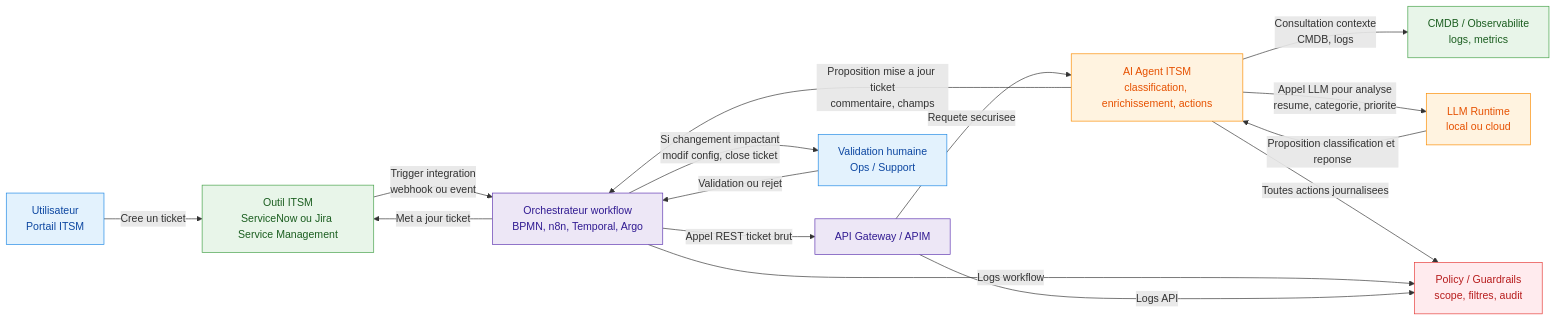
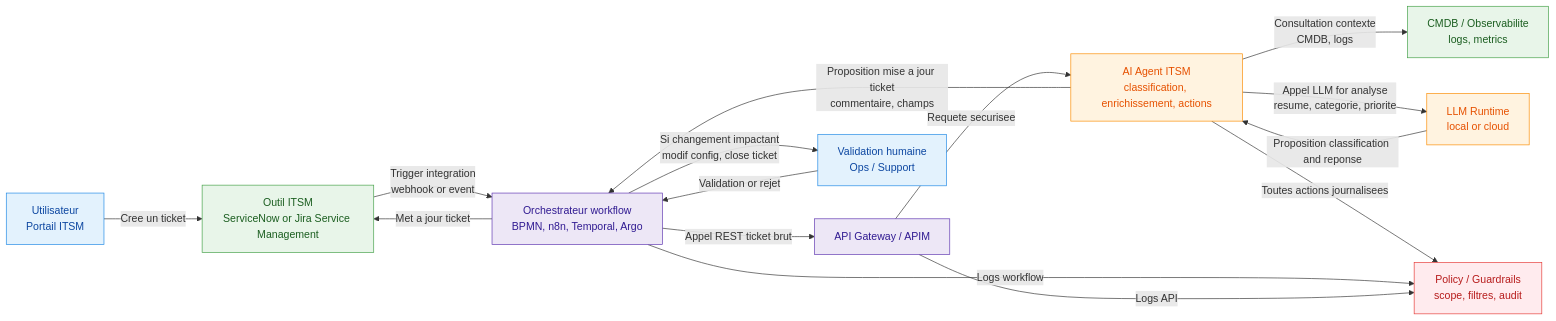
The diagram in docs/architecture/integration-schemas.md (brunseba/ai-tech-watch), drawn with Mermaid before and after one commit. The commit also changed other lines of this file and 24 other files, not shown here.

````diff
--- a/docs/architecture/integration-schemas.md
+++ b/docs/architecture/integration-schemas.md
@@ -8,38 +8,38 @@
 ```mermaid
 flowchart LR
     classDef user fill:#e3f2fd,stroke:#1e88e5,color:#0d47a1;
     classDef agent fill:#fff3e0,stroke:#fb8c00,color:#e65100;
     classDef tool fill:#e8f5e9,stroke:#43a047,color:#1b5e20;
     classDef infra fill:#ede7f6,stroke:#5e35b1,color:#311b92;
     classDef sec fill:#ffebee,stroke:#e53935,color:#b71c1c;
 
     U[Utilisateur<br/>Portail ITSM]:::user
-    ITSM[Outil ITSM<br/>ServiceNow ou Jira Service Management]:::tool
+    ITSM[Outil ITSM<br/>ServiceNow or Jira Service Management]:::tool
     ORCH[Orchestrateur workflow<br/>BPMN, n8n, Temporal, Argo]:::infra
     APIM[API Gateway / APIM]:::infra
     AGENT[AI Agent ITSM<br/>classification, enrichissement, actions]:::agent
-    LLM[LLM Runtime<br/>local ou cloud]:::agent
+    LLM[LLM Runtime<br/>local or cloud]:::agent
     CMDB[CMDB / Observabilite<br/>logs, metrics]:::tool
     APPROVE[Validation humaine<br/>Ops / Support]:::user
     SEC[Policy / Guardrails<br/>scope, filtres, audit]:::sec
 
     U -->|Cree un ticket| ITSM
-    ITSM -->|Trigger integration<br/>webhook ou event| ORCH
+    ITSM -->|Trigger integration<br/>webhook or event| ORCH
 
     ORCH -->|Appel REST ticket brut| APIM
     APIM -->|Requete securisee| AGENT
 
     AGENT -->|Consultation contexte<br/>CMDB, logs| CMDB
-    AGENT -->|Appel LLM pour analyse<br/>resume, categorie, priorite| LLM
-    LLM -->|Proposition classification et reponse| AGENT
+    AGENT -->|Appel LLM for analyse<br/>resume, categorie, priorite| LLM
+    LLM -->|Proposition classification and reponse| AGENT
 
     AGENT -->|Proposition mise a jour ticket<br/>commentaire, champs| ORCH
     ORCH -->|Met a jour ticket| ITSM
 
     ORCH -->|Si changement impactant<br/>modif config, close ticket| APPROVE
-    APPROVE -->|Validation ou rejet| ORCH
+    APPROVE -->|Validation or rejet| ORCH
 
     AGENT -->|Toutes actions journalisees| SEC
     ORCH -->|Logs workflow| SEC
     APIM -->|Logs API| SEC
 ```
````
